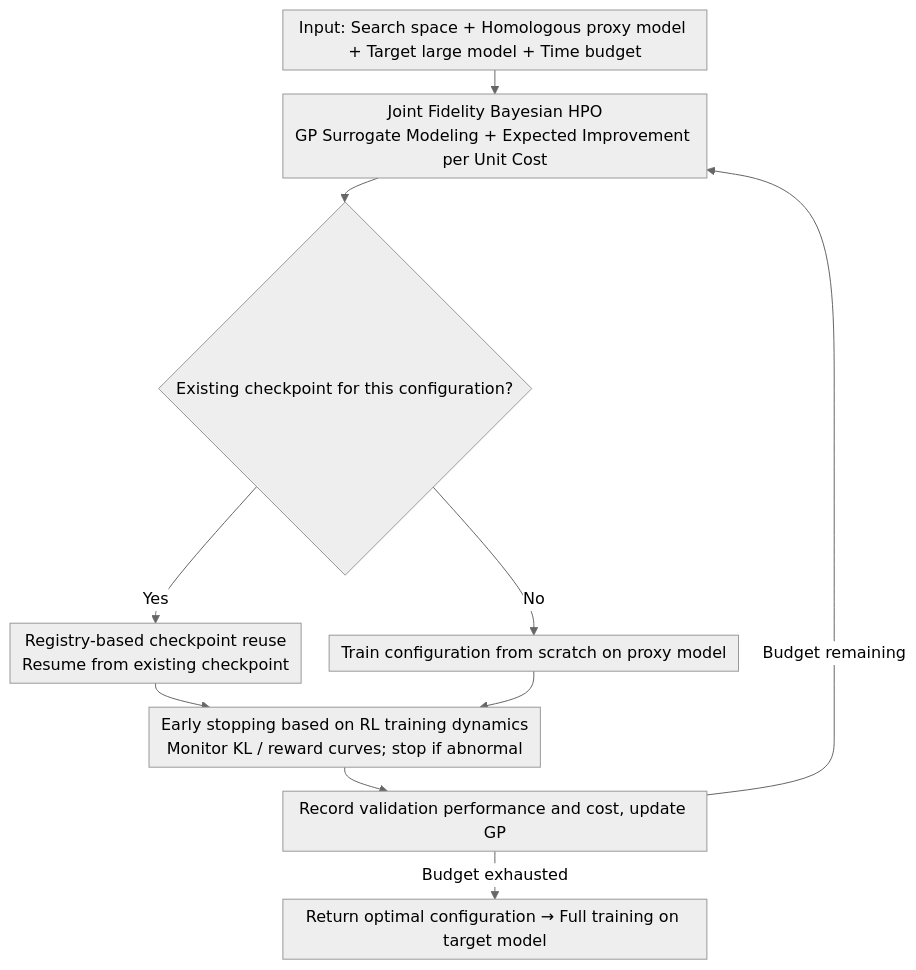
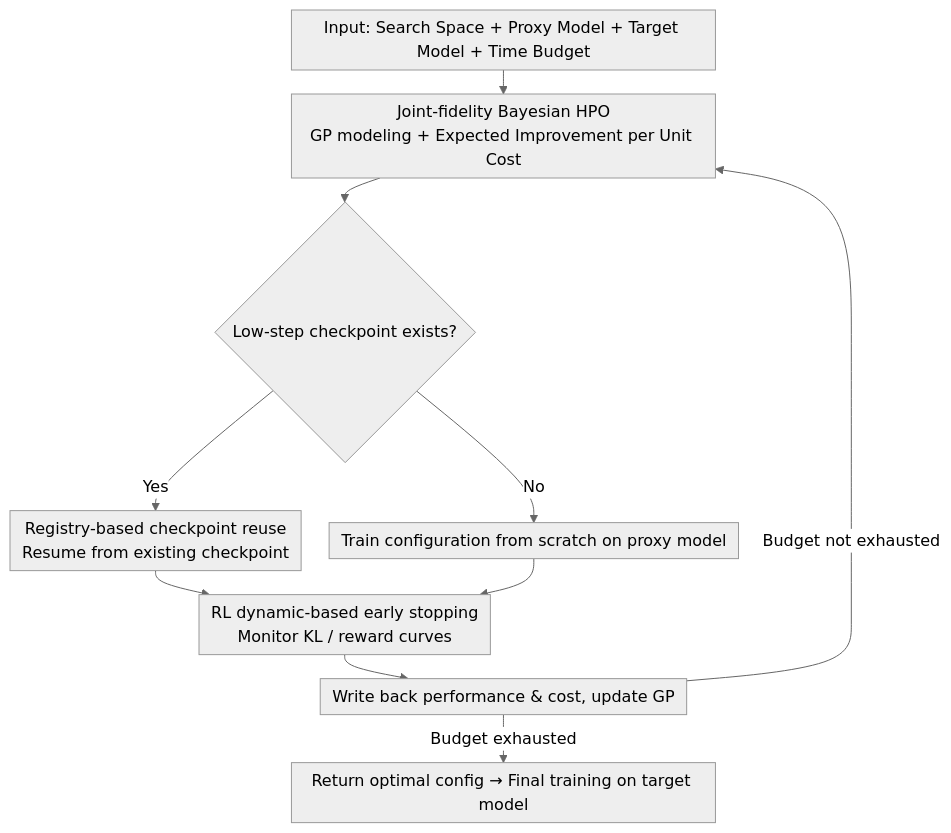
Before and after one commit to zhaoyang97/Paper-Notes-en: the diagram in docs/ACL2026/reinforcement_learning/efficient_hyperparameter_optimization_for_llm_reinforcement_learning.md, drawn with Mermaid (neutral theme). The commit also changed other lines of this file and 5084 other files, not shown here.

````diff
--- a/docs/ACL2026/reinforcement_learning/efficient_hyperparameter_optimization_for_llm_reinforcement_learning.md
+++ b/docs/ACL2026/reinforcement_learning/efficient_hyperparameter_optimization_for_llm_reinforcement_learning.md
@@ -44,13 +44,13 @@
 ```mermaid
 %%{init: {'flowchart': {'rankSpacing': 24, 'nodeSpacing': 28, 'padding': 6, 'wrappingWidth': 400}}}%%
 flowchart TD
-    A["Input: Search space + Homologous proxy model + Target large model + Time budget"] --> B["Joint Fidelity Bayesian HPO<br/>GP Surrogate Modeling + Expected Improvement per Unit Cost"]
-    B --> C{"Existing checkpoint for this configuration?"}
+    A["Input: Search Space + Proxy Model + Target Model + Time Budget"] --> B["Joint-fidelity Bayesian HPO<br/>GP modeling + Expected Improvement per Unit Cost"]
+    B --> C{"Low-step checkpoint exists?"}
     C -->|Yes| D["Registry-based checkpoint reuse<br/>Resume from existing checkpoint"]
     C -->|No| E["Train configuration from scratch on proxy model"]
-    D --> F["Early stopping based on RL training dynamics<br/>Monitor KL / reward curves; stop if abnormal"]
+    D --> F["RL dynamic-based early stopping<br/>Monitor KL / reward curves"]
     E --> F
-    F --> G["Record validation performance and cost, update GP"]
-    G -->|Budget remaining| B
-    G -->|Budget exhausted| H["Return optimal configuration → Full training on target model"]
+    F --> G["Write back performance & cost, update GP"]
+    G -->|Budget not exhausted| B
+    G -->|Budget exhausted| H["Return optimal config → Final training on target model"]
 ```
````
